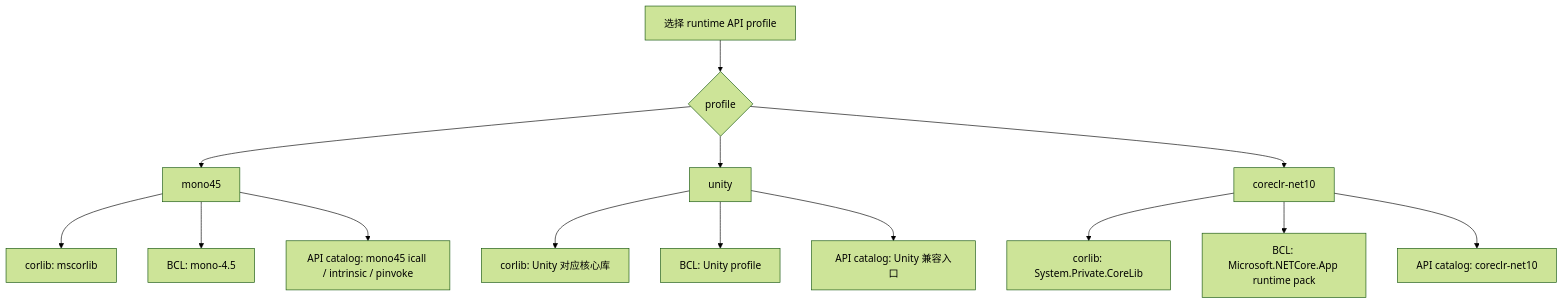
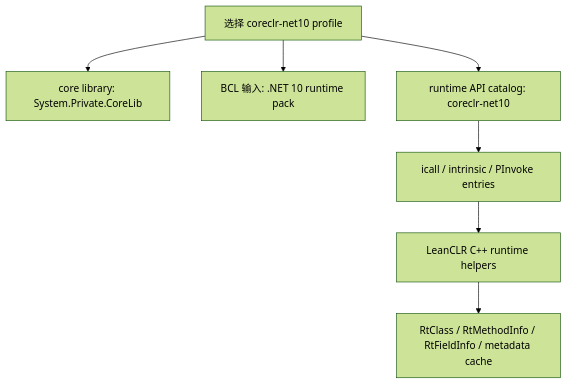
Before and after one commit to wqaetly/leanclr: the sixth of 10 diagrams in docs/dotnet10-runtime-architecture-blog.md, drawn with Mermaid (forest theme). The commit also changed other lines of this file and 2 other files, not shown here.

Commit message:
chore：里程碑，leanclr全部测试用例在.net10下全部通过

````diff
--- a/docs/dotnet10-runtime-architecture-blog.md
+++ b/docs/dotnet10-runtime-architecture-blog.md
@@ -392,19 +392,9 @@
 ```mermaid
 flowchart TD
-    A["选择 runtime API profile"] --> B{"profile"}
-    B --> C["mono45"]
-    B --> D["unity"]
-    B --> E["coreclr-net10"]
-
-    C --> C1["corlib: mscorlib"]
-    C --> C2["BCL: mono-4.5"]
-    C --> C3["API catalog: mono45 icall / intrinsic / pinvoke"]
-
-    D --> D1["corlib: Unity 对应核心库"]
-    D --> D2["BCL: Unity profile"]
-    D --> D3["API catalog: Unity 兼容入口"]
-
-    E --> E1["corlib: System.Private.CoreLib"]
-    E --> E2["BCL: Microsoft.NETCore.App runtime pack"]
-    E --> E3["API catalog: coreclr-net10"]
+    A["选择 coreclr-net10 profile"] --> B["core library: System.Private.CoreLib"]
+    A --> C["BCL 输入: .NET 10 runtime pack"]
+    A --> D["runtime API catalog: coreclr-net10"]
+    D --> E["icall / intrinsic / PInvoke entries"]
+    E --> F["LeanCLR C++ runtime helpers"]
+    F --> G["RtClass / RtMethodInfo / RtFieldInfo / metadata cache"]
 ```
````
